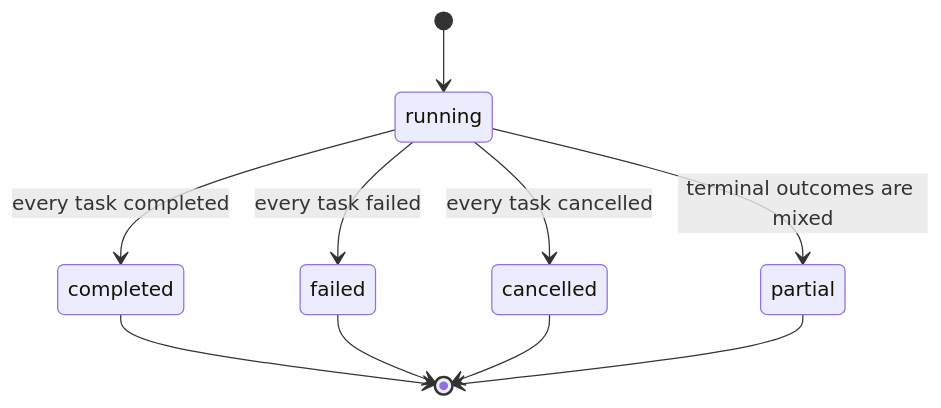
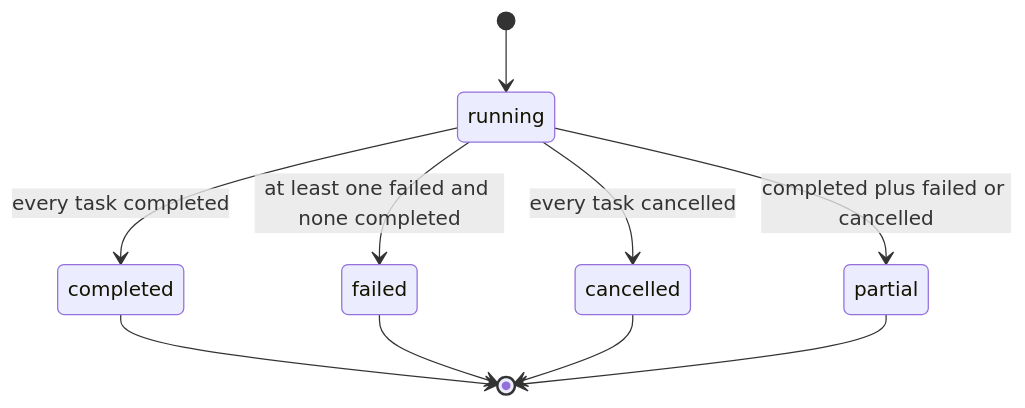
Before and after one commit to chaochaoxiaochao/pi-toolkit: the second of 3 diagrams in packages/herdr-subagents/ARCHITECTURE.md, drawn with Mermaid. The commit also changed other lines of this file and 22 other files, not shown here.

````diff
--- a/packages/herdr-subagents/ARCHITECTURE.md
+++ b/packages/herdr-subagents/ARCHITECTURE.md
@@ -30,12 +31,12 @@
 ```mermaid
 stateDiagram-v2
     [*] --> running
     running --> completed: every task completed
-    running --> failed: every task failed
+    running --> failed: at least one failed and none completed
     running --> cancelled: every task cancelled
-    running --> partial: terminal outcomes are mixed
+    running --> partial: completed plus failed or cancelled
     completed --> [*]
     failed --> [*]
     cancelled --> [*]
     partial --> [*]
 ```
````
